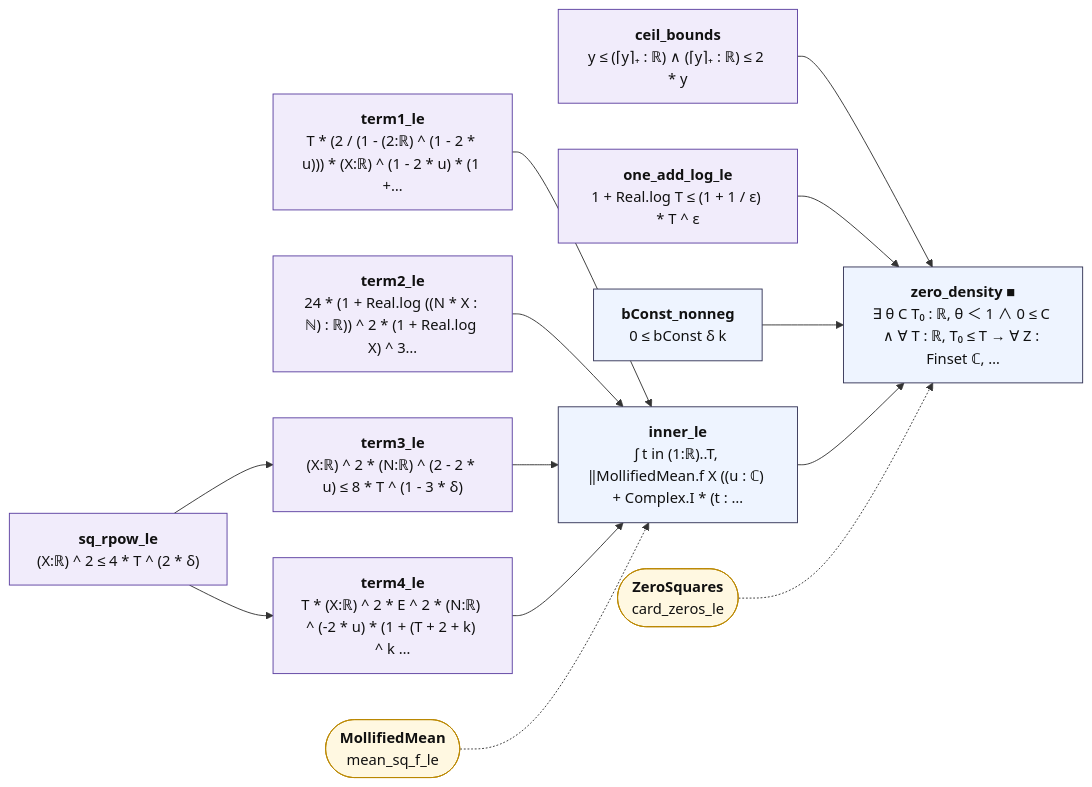
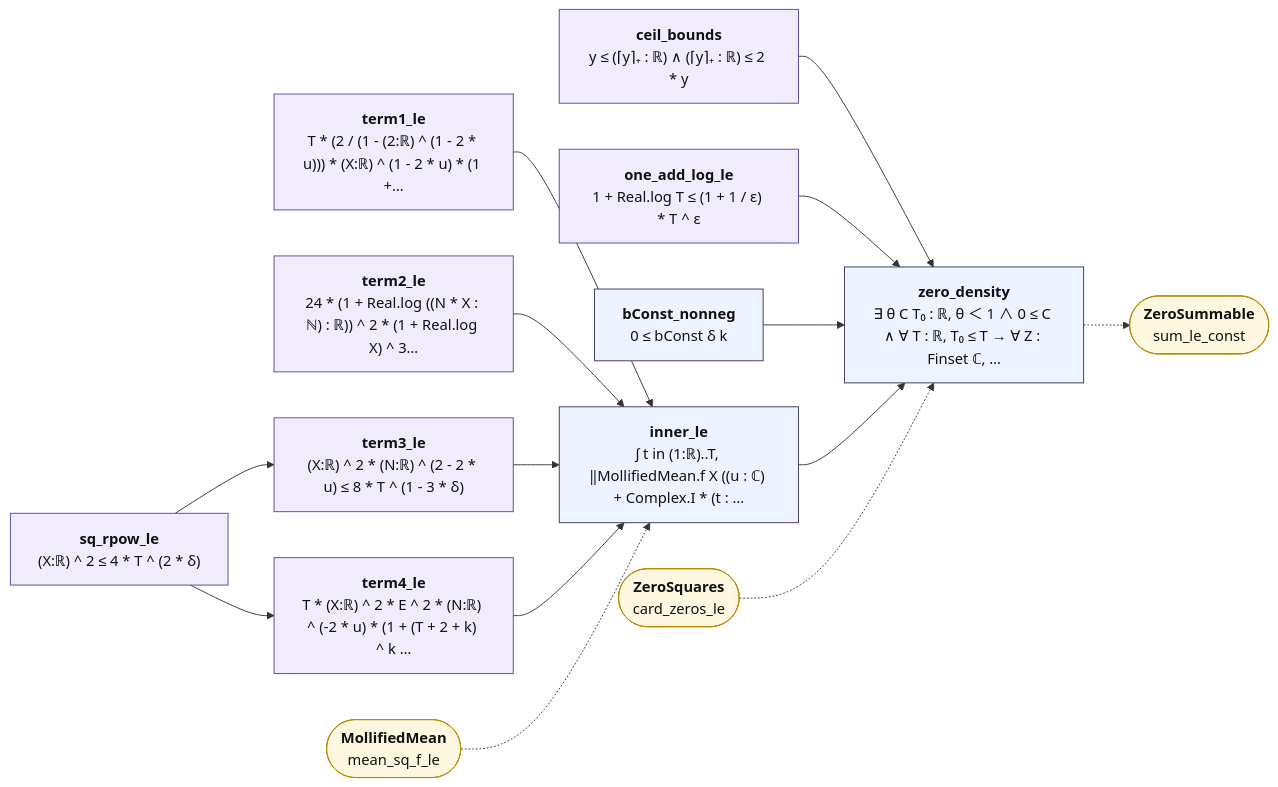
Before and after one commit to juliansambranojr/Primebeat_081426: the diagram in map/lean_stage3/ZeroDensity.mmd, drawn with Mermaid. The commit also changed 42 other files, not shown here.

```diff
--- a/map/lean_stage3/ZeroDensity.mmd
+++ b/map/lean_stage3/ZeroDensity.mmd
@@ -1,33 +1,35 @@
 flowchart LR
   n0["<b>ceil_bounds</b><br/>y ≤ (⌈y⌉₊ : ℝ) ∧ (⌈y⌉₊ : ℝ) ≤ 2 * y"]:::shp
   n1["<b>one_add_log_le</b><br/>1 + Real.log T ≤ (1 + 1 / ε) * T ^ ε"]:::shp
   n2["<b>sq_rpow_le</b><br/>(X:ℝ) ^ 2 ≤ 4 * T ^ (2 * δ)"]:::shp
   n3["<b>term1_le</b><br/>T * (2 / (1 - (2:ℝ) ^ (1 - 2 * u))) * (X:ℝ) ^ (1 - 2 * u) * (1 +…"]:::shp
   n4["<b>term2_le</b><br/>24 * (1 + Real.log ((N * X : ℕ) : ℝ)) ^ 2 * (1 + Real.log X) ^ 3…"]:::shp
   n5["<b>term3_le</b><br/>(X:ℝ) ^ 2 * (N:ℝ) ^ (2 - 2 * u) ≤ 8 * T ^ (1 - 3 * δ)"]:::shp
   n6["<b>term4_le</b><br/>T * (X:ℝ) ^ 2 * E ^ 2 * (N:ℝ) ^ (-2 * u) * (1 + (T + 2 + k) ^ k …"]:::shp
   n7["<b>bConst_nonneg</b><br/>0 ≤ bConst δ k"]:::thm
   n8["<b>inner_le</b><br/>∫ t in (1:ℝ)..T, ‖MollifiedMean.f X ((u : ℂ) + Complex.I * (t : …"]:::thm
-  n9["<b>zero_density ■</b><br/>∃ θ C T₀ : ℝ, θ ＜ 1 ∧ 0 ≤ C ∧ ∀ T : ℝ, T₀ ≤ T → ∀ Z : Finset ℂ, …"]:::thm
+  n9["<b>zero_density</b><br/>∃ θ C T₀ : ℝ, θ ＜ 1 ∧ 0 ≤ C ∧ ∀ T : ℝ, T₀ ≤ T → ∀ Z : Finset ℂ, …"]:::thm
   x0(["<b>MollifiedMean</b><br/>mean_sq_f_le"]):::ext
   x1(["<b>ZeroSquares</b><br/>card_zeros_le"]):::ext
+  x2(["<b>ZeroSummable</b><br/>sum_le_const"]):::ext
   n0 --> n9
   n1 --> n9
   n2 --> n5
   n2 --> n6
   n3 --> n8
   n4 --> n8
   n5 --> n8
   n6 --> n8
   n7 --> n9
   n8 --> n9
+  n9 -.-> x2
   x0 -.-> n8
   x1 -.-> n9
   classDef cnt fill:#dff5ec,stroke:#17694a,color:#111
   classDef shp fill:#f1ecfb,stroke:#5b3fa0,color:#111
   classDef rh fill:#ffe5e5,stroke:#c22,color:#111,stroke-width:2px
   classDef thm fill:#eef4ff,stroke:#335,color:#111
   classDef end_ fill:#e7f7e7,stroke:#2a7,color:#111,stroke-width:2px
   classDef lone fill:#fff,stroke:#999,color:#111,stroke-dasharray:4 3
   classDef bad fill:#ffe5e5,stroke:#c22,color:#111,stroke-width:2px
   classDef ext fill:#fff8e1,stroke:#b80,color:#111
```
